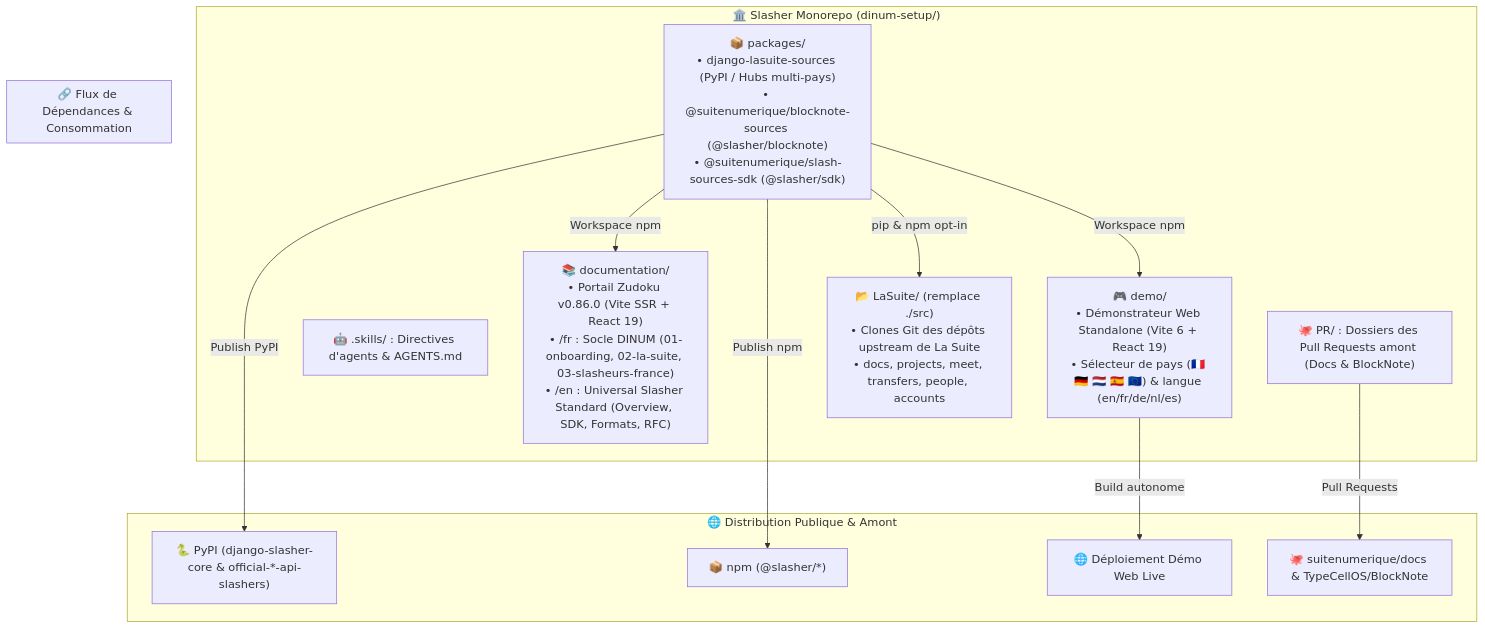
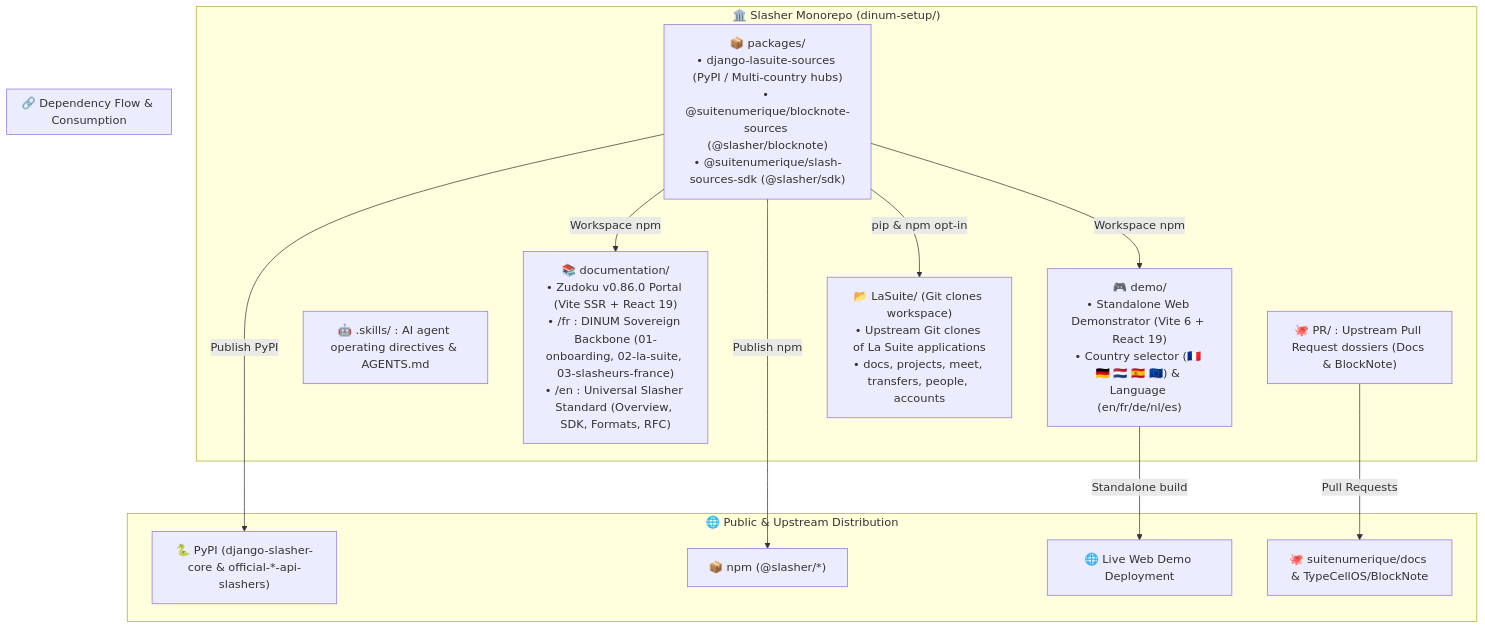
Before and after one commit to waxland/dinum-setup: the diagram in ARCHITECTURE.md, drawn with Mermaid. The commit also changed other lines of this file and 77 other files, not shown here.

````diff
--- a/ARCHITECTURE.md
+++ b/ARCHITECTURE.md
@@ -14,24 +14,24 @@
 ```mermaid
 flowchart TD
     subgraph Root["🏛️ Slasher Monorepo (dinum-setup/)"]
-        PR_Dir["🐙 PR/ : Dossiers des Pull Requests amont (Docs & BlockNote)"]
-        Skills_Dir["🤖 .skills/ : Directives d'agents & AGENTS.md"]
-        Documentation["📚 documentation/<br/>• Portail Zudoku v0.86.0 (Vite SSR + React 19)<br/>• /fr : Socle DINUM (01-onboarding, 02-la-suite, 03-slasheurs-france)<br/>• /en : Universal Slasher Standard (Overview, SDK, Formats, RFC)"]
-        Packages["📦 packages/<br/>• django-lasuite-sources (PyPI / Hubs multi-pays)<br/>• @suitenumerique/blocknote-sources (@slasher/blocknote)<br/>• @suitenumerique/slash-sources-sdk (@slasher/sdk)"]
-        Demo["🎮 demo/<br/>• Démonstrateur Web Standalone (Vite 6 + React 19)<br/>• Sélecteur de pays (🇫🇷 🇩🇪 🇳🇱 🇪🇸 🇪🇺) & langue (en/fr/de/nl/es)"]
-        LaSuite["📂 LaSuite/ (remplace ./src)<br/>• Clones Git des dépôts upstream de La Suite<br/>• docs, projects, meet, transfers, people, accounts"]
+        PR_Dir["🐙 PR/ : Upstream Pull Request dossiers (Docs & BlockNote)"]
+        Skills_Dir["🤖 .skills/ : AI agent operating directives & AGENTS.md"]
+        Documentation["📚 documentation/<br/>• Zudoku v0.86.0 Portal (Vite SSR + React 19)<br/>• /fr : DINUM Sovereign Backbone (01-onboarding, 02-la-suite, 03-slasheurs-france)<br/>• /en : Universal Slasher Standard (Overview, SDK, Formats, RFC)"]
+        Packages["📦 packages/<br/>• django-lasuite-sources (PyPI / Multi-country hubs)<br/>• @suitenumerique/blocknote-sources (@slasher/blocknote)<br/>• @suitenumerique/slash-sources-sdk (@slasher/sdk)"]
+        Demo["🎮 demo/<br/>• Standalone Web Demonstrator (Vite 6 + React 19)<br/>• Country selector (🇫🇷 🇩🇪 🇳🇱 🇪🇸 🇪🇺) & Language (en/fr/de/nl/es)"]
+        LaSuite["📂 LaSuite/ (Git clones workspace)<br/>• Upstream Git clones of La Suite applications<br/>• docs, projects, meet, transfers, people, accounts"]
     end
 
-    subgraph Integration["🔗 Flux de Dépendances & Consommation"]
+    subgraph Integration["🔗 Dependency Flow & Consumption"]
         Packages -->|Workspace npm| Documentation
         Packages -->|Workspace npm| Demo
         Packages -->|pip & npm opt-in| LaSuite
     end
 
-    subgraph Upstream["🌐 Distribution Publique & Amont"]
+    subgraph Upstream["🌐 Public & Upstream Distribution"]
         Packages -->|Publish PyPI| PyPI["🐍 PyPI (django-slasher-core & official-*-api-slashers)"]
         Packages -->|Publish npm| NPM["📦 npm (@slasher/*)"]
-        Demo -->|Build autonome| StandaloneSite["🌐 Déploiement Démo Web Live"]
+        Demo -->|Standalone build| StandaloneSite["🌐 Live Web Demo Deployment"]
         PR_Dir -->|Pull Requests| UpstreamRepos["🐙 suitenumerique/docs & TypeCellOS/BlockNote"]
     end
 ```
````
